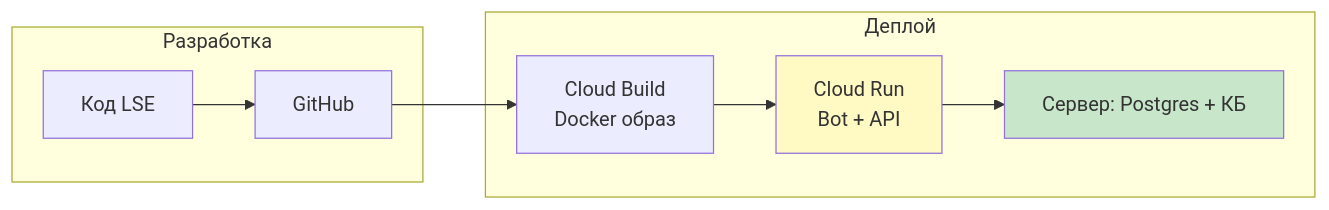
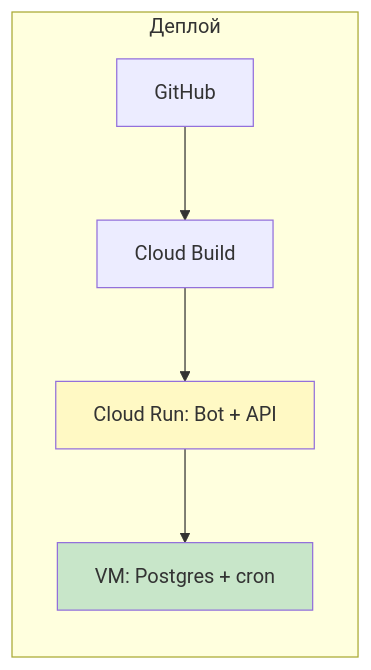
Before and after one commit to kobyzev-yuri/lse: diagram 23 of 23 in BUSINESS_PROCESSES.md, drawn with Mermaid. The commit also changed other lines of this file and 23 other files, not shown here.

````diff
--- a/BUSINESS_PROCESSES.md
+++ b/BUSINESS_PROCESSES.md
@@ -859,18 +857,10 @@
 ```mermaid
 flowchart LR
-    subgraph Dev[Разработка]
-        CODE[Код LSE]
-        GIT[GitHub]
+    subgraph Deploy[Деплой]
+        GIT[GitHub] --> BUILD[Cloud Build]
+        BUILD --> RUN[Cloud Run: Bot + API]
+        RUN --> SERVER[VM: Postgres + cron]
     end
-    
-    CODE --> GIT
-    
-    subgraph Deploy[Деплой]
-        GIT --> BUILD[Cloud Build<br/>Docker образ]
-        BUILD --> RUN[Cloud Run<br/>Bot + API]
-        RUN --> SERVER[Сервер: Postgres + КБ]
-    end
-    
     style RUN fill:#fff9c4
     style SERVER fill:#c8e6c9
 ```
````
